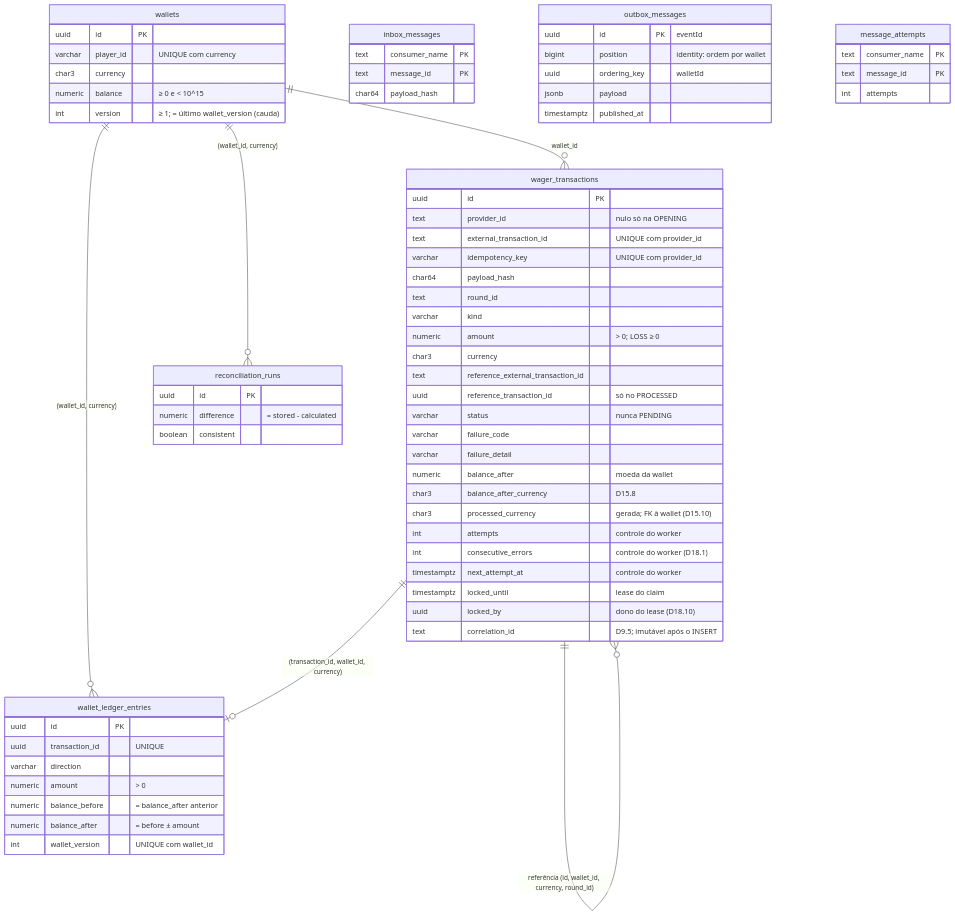
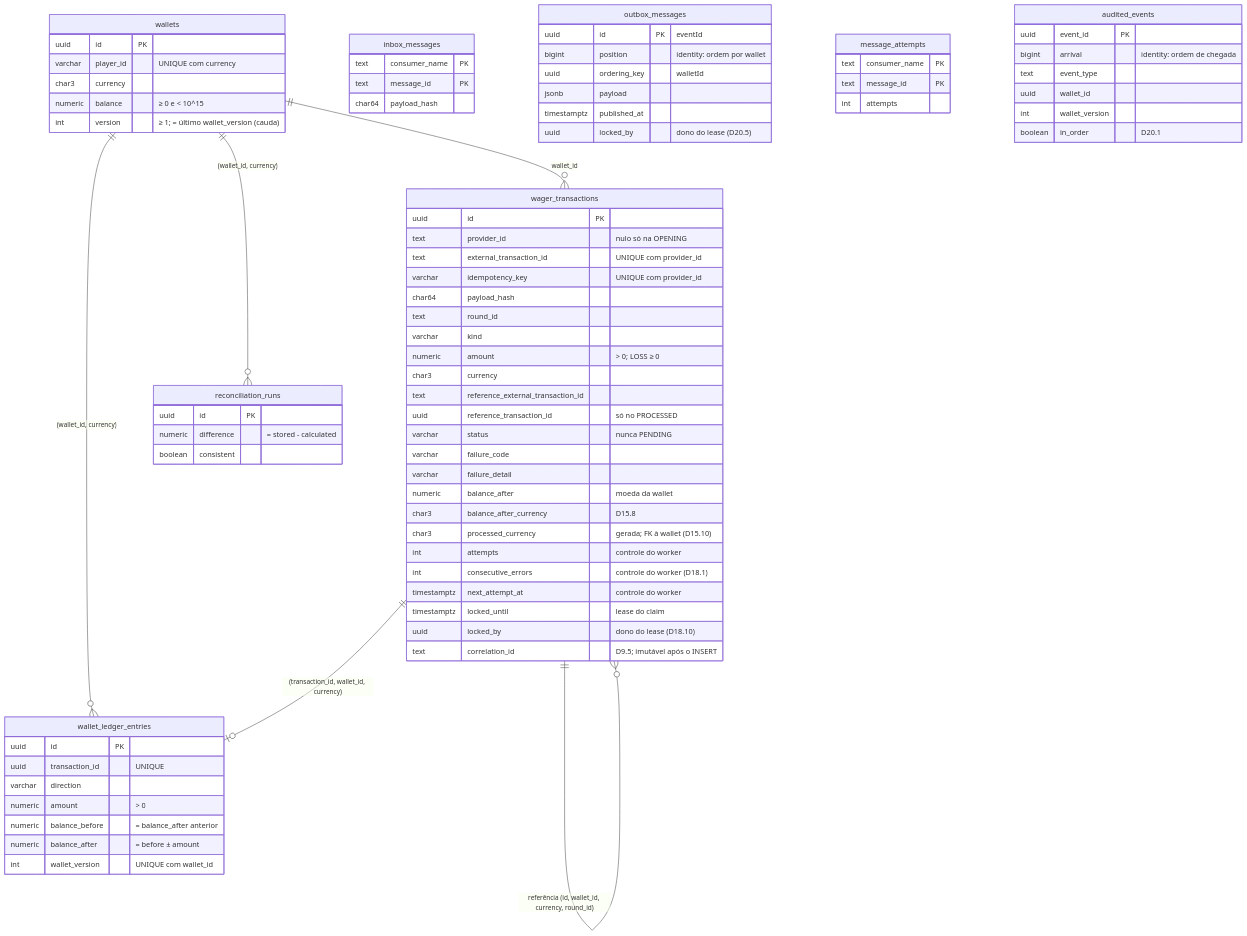
Before and after one commit to basedCaesar/distributed-wagering-processor: the diagram in src/modules/wagering/infra/persistence/README.md, drawn with Mermaid. The commit also changed other lines of this file and 49 other files, not shown here.

````diff
--- a/src/modules/wagering/infra/persistence/README.md
+++ b/src/modules/wagering/infra/persistence/README.md
@@ -33,72 +35,81 @@
 ```mermaid
 erDiagram
     wallets ||--o{ wager_transactions : "wallet_id"
     wallets ||--o{ wallet_ledger_entries : "(wallet_id, currency)"
     wager_transactions ||--o| wallet_ledger_entries : "(transaction_id, wallet_id, currency)"
     wager_transactions ||--o{ wager_transactions : "referência (id, wallet_id, currency, round_id)"
     wallets ||--o{ reconciliation_runs : "(wallet_id, currency)"
 
     wallets {
         uuid id PK
         varchar player_id "UNIQUE com currency"
         char3 currency
         numeric balance "≥ 0 e < 10^15"
         int version "≥ 1; = último wallet_version (cauda)"
     }
     wager_transactions {
         uuid id PK
         text provider_id "nulo só na OPENING"
         text external_transaction_id "UNIQUE com provider_id"
         varchar idempotency_key "UNIQUE com provider_id"
         char64 payload_hash
         text round_id
         varchar kind
         numeric amount "> 0; LOSS ≥ 0"
         char3 currency
         text reference_external_transaction_id
         uuid reference_transaction_id "só no PROCESSED"
         varchar status "nunca PENDING"
         varchar failure_code
         varchar failure_detail
         numeric balance_after "moeda da wallet"
         char3 balance_after_currency "D15.8"
         char3 processed_currency "gerada; FK à wallet (D15.10)"
         int attempts "controle do worker"
         int consecutive_errors "controle do worker (D18.1)"
         timestamptz next_attempt_at "controle do worker"
         timestamptz locked_until "lease do claim"
         uuid locked_by "dono do lease (D18.10)"
         text correlation_id "D9.5; imutável após o INSERT"
     }
     wallet_ledger_entries {
         uuid id PK
         uuid transaction_id "UNIQUE"
         varchar direction
         numeric amount "> 0"
         numeric balance_before "= balance_after anterior"
         numeric balance_after "= before ± amount"
         int wallet_version "UNIQUE com wallet_id"
     }
     inbox_messages {
         text consumer_name PK
         text message_id PK
         char64 payload_hash
     }
     outbox_messages {
         uuid id PK "eventId"
         bigint position "identity: ordem por wallet"
         uuid ordering_key "walletId"
         jsonb payload
         timestamptz published_at
+        uuid locked_by "dono do lease (D20.5)"
     }
     message_attempts {
         text consumer_name PK
         text message_id PK
         int attempts
+    }
+    audited_events {
+        uuid event_id PK
+        bigint arrival "identity: ordem de chegada"
+        text event_type
+        uuid wallet_id
+        int wallet_version
+        boolean in_order "D20.1"
     }
     reconciliation_runs {
         uuid id PK
         numeric difference "= stored - calculated"
         boolean consistent
     }
 ```
````
